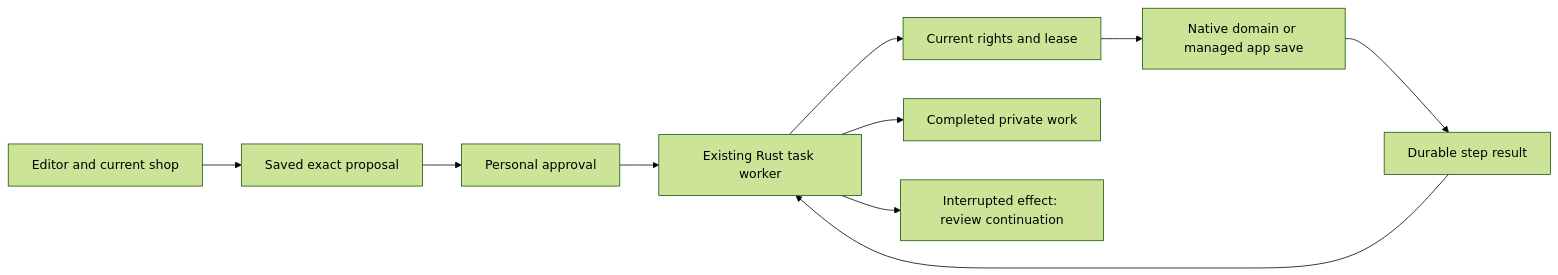
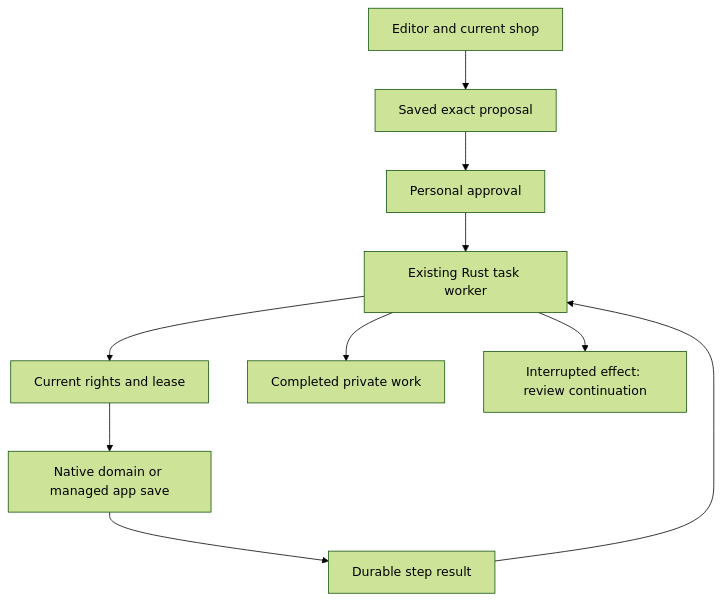
Before and after one commit to sthamann/veyndo: the diagram in docs/agentic-workspace.md, drawn with Mermaid (forest theme). The commit also changed other lines of this file and 16 other files, not shown here.

````diff
--- a/docs/agentic-workspace.md
+++ b/docs/agentic-workspace.md
@@ -54,12 +62,12 @@
 ```mermaid
-flowchart LR
+flowchart TD
     Context[Editor and current shop] --> Plan[Saved exact proposal]
     Plan --> Review[Personal approval]
     Review --> Worker[Existing Rust task worker]
     Worker --> Rights[Current rights and lease]
     Rights --> Domain[Native domain or managed app save]
     Domain --> Receipt[Durable step result]
     Receipt --> Worker
     Worker --> Done[Completed private work]
     Worker --> Uncertain[Interrupted effect: review continuation]
 ```
````
